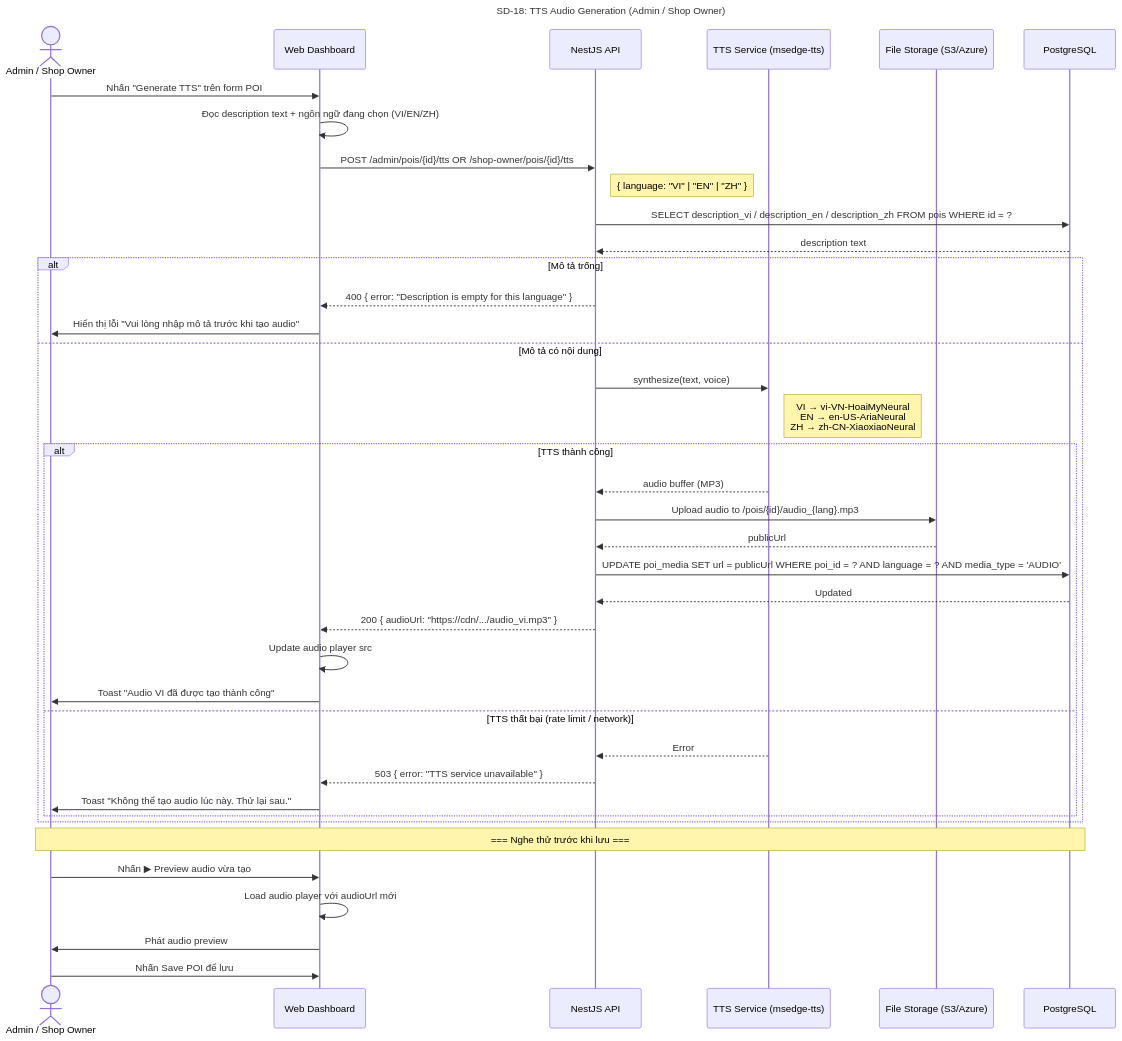
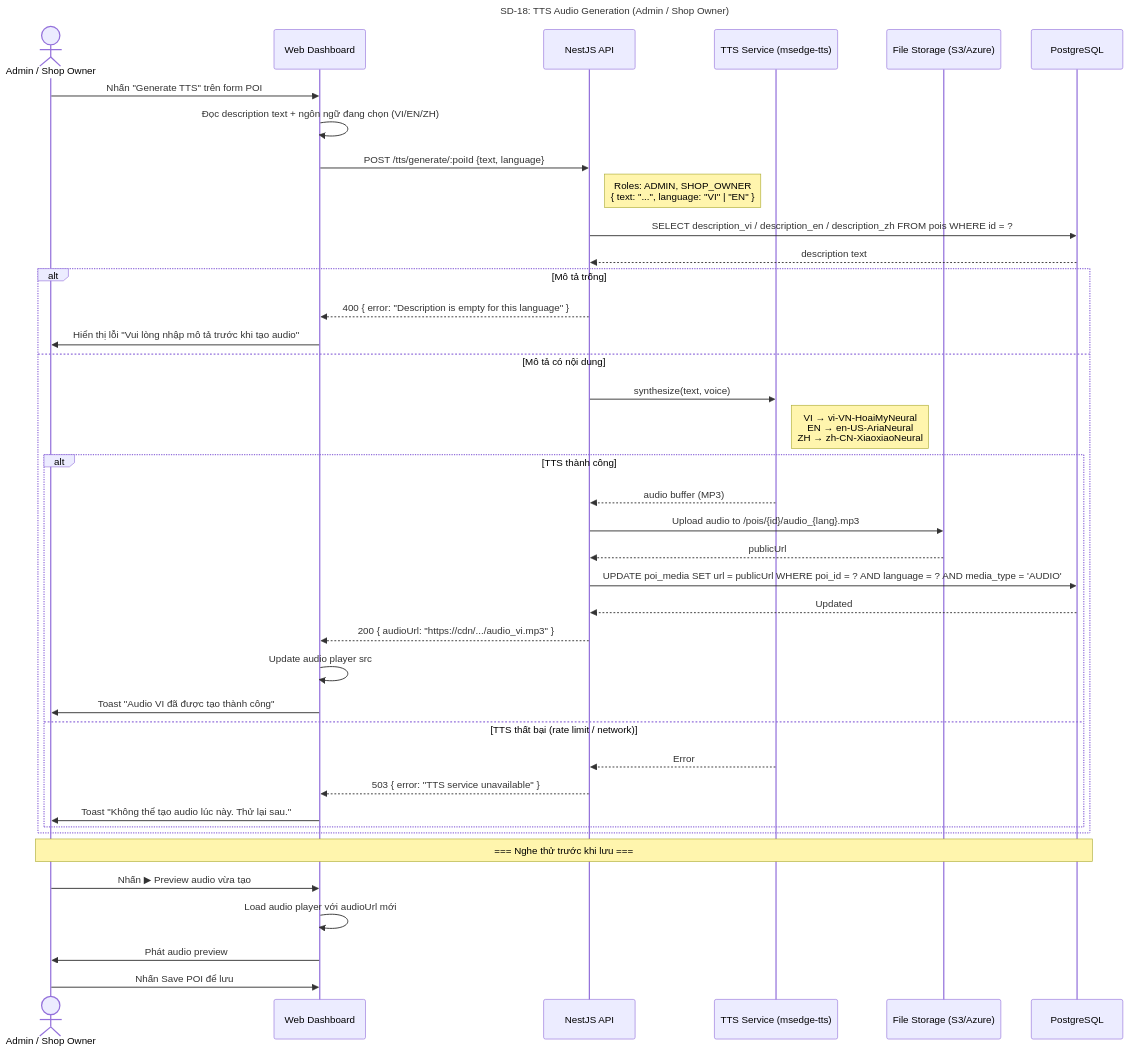
Diagram 18 of 22 in docs/step3_prd/15_sequence_diagrams.md (Ttuandatt/Seminar), drawn with Mermaid before and after one commit. The commit also changed other lines of this file and 15 other files, not shown here.

First line of the commit message:
feat: shop owner view/edit/TTS, role-aware map, bilingual form labels + sync PRDs

````diff
--- a/docs/step3_prd/15_sequence_diagrams.md
+++ b/docs/step3_prd/15_sequence_diagrams.md
@@ -927,48 +942,48 @@
 ```mermaid
 sequenceDiagram
     title SD-18: TTS Audio Generation (Admin / Shop Owner)
     actor User as Admin / Shop Owner
     participant UI as Web Dashboard
     participant API as NestJS API
     participant TTS as TTS Service (msedge-tts)
     participant Storage as File Storage (S3/Azure)
     participant DB as PostgreSQL
 
     User->>UI: Nhấn "Generate TTS" trên form POI
     UI->>UI: Đọc description text + ngôn ngữ đang chọn (VI/EN/ZH)
 
-    UI->>API: POST /admin/pois/{id}/tts OR /shop-owner/pois/{id}/tts
-    Note right of API: { language: "VI" | "EN" | "ZH" }
+    UI->>API: POST /tts/generate/:poiId {text, language}
+    Note right of API: Roles: ADMIN, SHOP_OWNER<br/>{ text: "...", language: "VI" | "EN" }
 
     API->>DB: SELECT description_vi / description_en / description_zh FROM pois WHERE id = ?
     DB-->>API: description text
 
     alt Mô tả trống
         API-->>UI: 400 { error: "Description is empty for this language" }
         UI->>User: Hiển thị lỗi "Vui lòng nhập mô tả trước khi tạo audio"
     else Mô tả có nội dung
         API->>TTS: synthesize(text, voice)
         Note right of TTS: VI → vi-VN-HoaiMyNeural<br/>EN → en-US-AriaNeural<br/>ZH → zh-CN-XiaoxiaoNeural
 
         alt TTS thành công
             TTS-->>API: audio buffer (MP3)
             API->>Storage: Upload audio to /pois/{id}/audio_{lang}.mp3
             Storage-->>API: publicUrl
             API->>DB: UPDATE poi_media SET url = publicUrl WHERE poi_id = ? AND language = ? AND media_type = 'AUDIO'
             DB-->>API: Updated
             API-->>UI: 200 { audioUrl: "https://cdn/.../audio_vi.mp3" }
             UI->>UI: Update audio player src
             UI->>User: Toast "Audio VI đã được tạo thành công"
         else TTS thất bại (rate limit / network)
             TTS-->>API: Error
             API-->>UI: 503 { error: "TTS service unavailable" }
             UI->>User: Toast "Không thể tạo audio lúc này. Thử lại sau."
         end
     end
 
     Note over User, DB: === Nghe thử trước khi lưu ===
     User->>UI: Nhấn ▶ Preview audio vừa tạo
     UI->>UI: Load audio player với audioUrl mới
     UI->>User: Phát audio preview
     User->>UI: Nhấn Save POI để lưu
 ```
````
